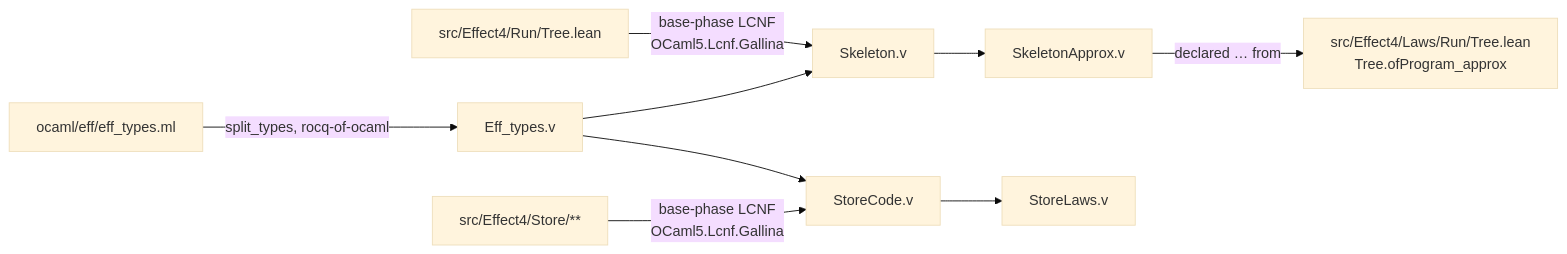
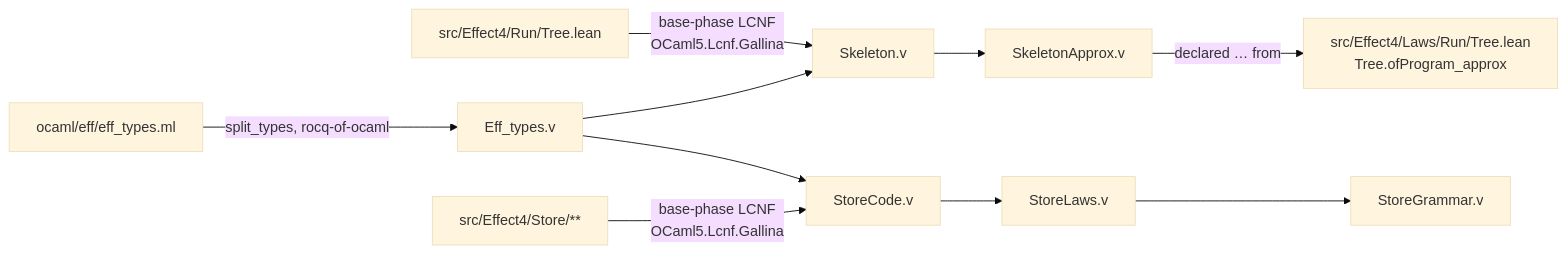
Before and after one commit to pure-algebra/lean4-effect4: the diagram in rocq/README.md, drawn with Mermaid (base theme). The commit also changed other lines of this file and 5 other files, not shown here.

````diff
--- a/rocq/README.md
+++ b/rocq/README.md
@@ -30,11 +31,12 @@
 ```mermaid
 flowchart LR
   T["src/Effect4/Run/Tree.lean"] -- "base-phase LCNF<br/>OCaml5.Lcnf.Gallina" --> S["Skeleton.v"]
   O["ocaml/eff/eff_types.ml"] -- "split_types, rocq-of-ocaml" --> E["Eff_types.v"]
   E --> S
   S --> A["SkeletonApprox.v"]
   A -- "declared … from" --> L["src/Effect4/Laws/Run/Tree.lean<br/>Tree.ofProgram_approx"]
   W["src/Effect4/Store/**"] -- "base-phase LCNF<br/>OCaml5.Lcnf.Gallina" --> C["StoreCode.v"]
   E --> C
   C --> SL["StoreLaws.v"]
+  SL --> G["StoreGrammar.v"]
 ```
````
